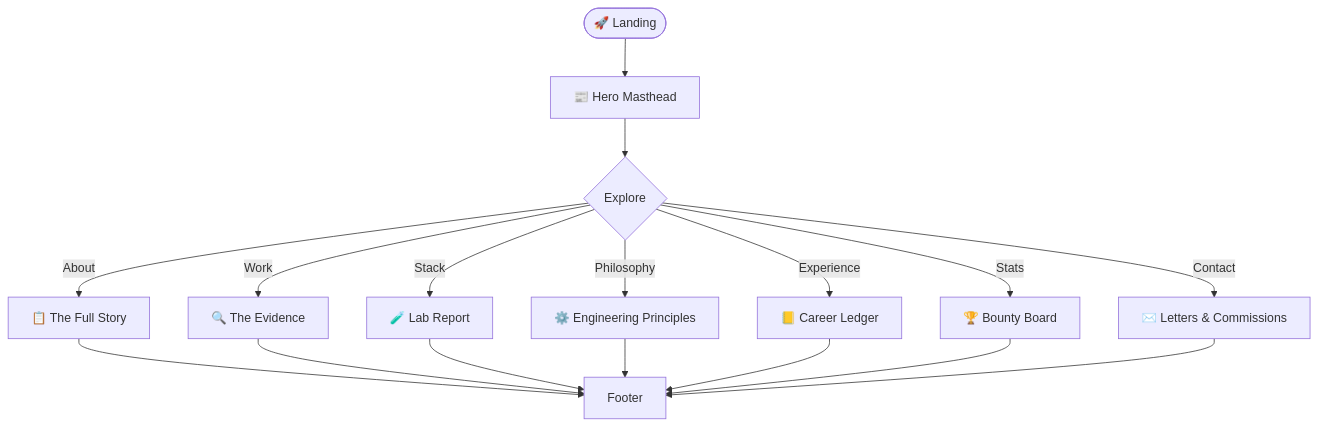
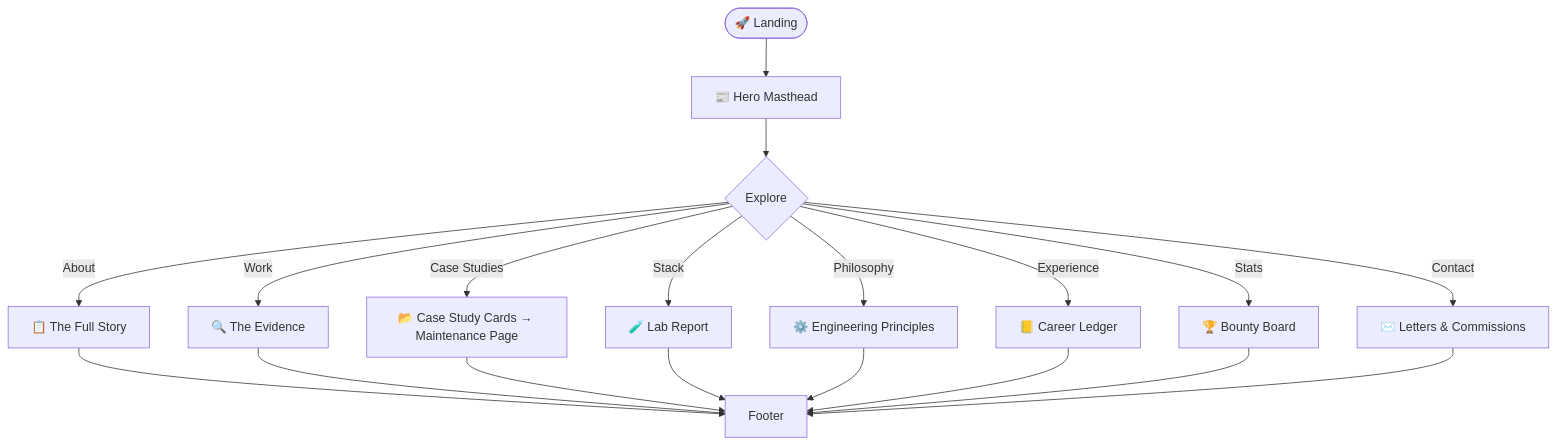
One commit to RahulScripted/Portfolio changed the diagram in README.md. Above: the diagram before and after it, drawn with Mermaid. The commit also changed other lines of this file, not shown here.

Commit message:
feat: add case studies section with interactive cards and maintenance page to README

````diff
--- a/README.md
+++ b/README.md
@@ -150,13 +155,14 @@
 ```mermaid
 flowchart TD
     A([🚀 Landing]) --> B["📰 Hero Masthead"]
     B --> C{Explore}
     C -->|About| D["📋 The Full Story"]
     C -->|Work| E["🔍 The Evidence"]
+    C -->|Case Studies| E2["📂 Case Study Cards → Maintenance Page"]
     C -->|Stack| F["🧪 Lab Report"]
     C -->|Philosophy| F2["⚙️ Engineering Principles"]
     C -->|Experience| G["📒 Career Ledger"]
     C -->|Stats| H["🏆 Bounty Board"]
     C -->|Contact| I["✉️ Letters & Commissions"]
-    D & E & F & F2 & G & H & I --> J[Footer]
+    D & E & E2 & F & F2 & G & H & I --> J[Footer]
 ```
````
